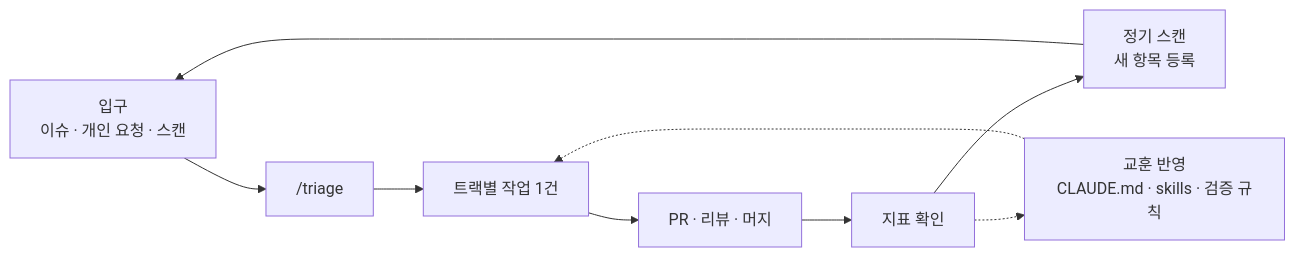
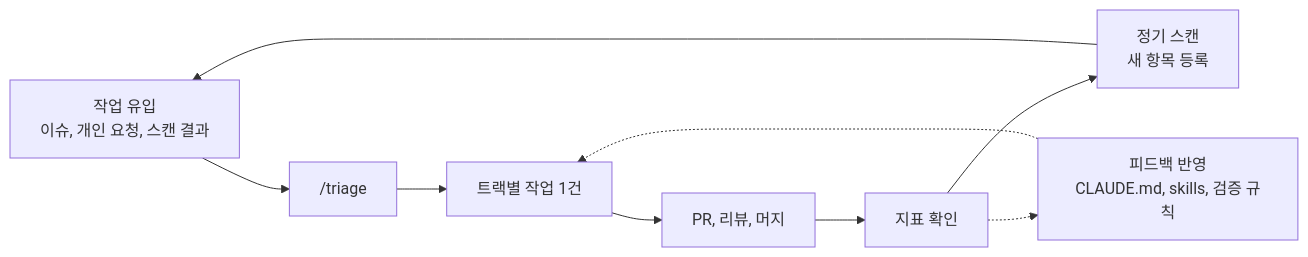
The third of 3 diagrams in docs/ai-system/plan.md (bstaran/CC-Creator-Culture), drawn with Mermaid before and after one commit. The commit also changed other lines of this file and 1 other file, not shown here.

````diff
--- a/docs/ai-system/plan.md
+++ b/docs/ai-system/plan.md
@@ -363,11 +369,11 @@
 ```mermaid
 flowchart LR
-  IN["입구<br/>이슈 · 개인 요청 · 스캔"] --> TR["/triage"]
+  IN["작업 유입<br/>이슈, 개인 요청, 스캔 결과"] --> TR["/triage"]
   TR --> T["트랙별 작업 1건"]
-  T --> PR["PR · 리뷰 · 머지"]
+  T --> PR["PR, 리뷰, 머지"]
   PR --> MT["지표 확인"]
   MT --> SC["정기 스캔<br/>새 항목 등록"]
   SC --> IN
-  MT -.-> RL["교훈 반영<br/>CLAUDE.md · skills · 검증 규칙"]
+  MT -.-> RL["피드백 반영<br/>CLAUDE.md, skills, 검증 규칙"]
   RL -.-> T
 ```
````
